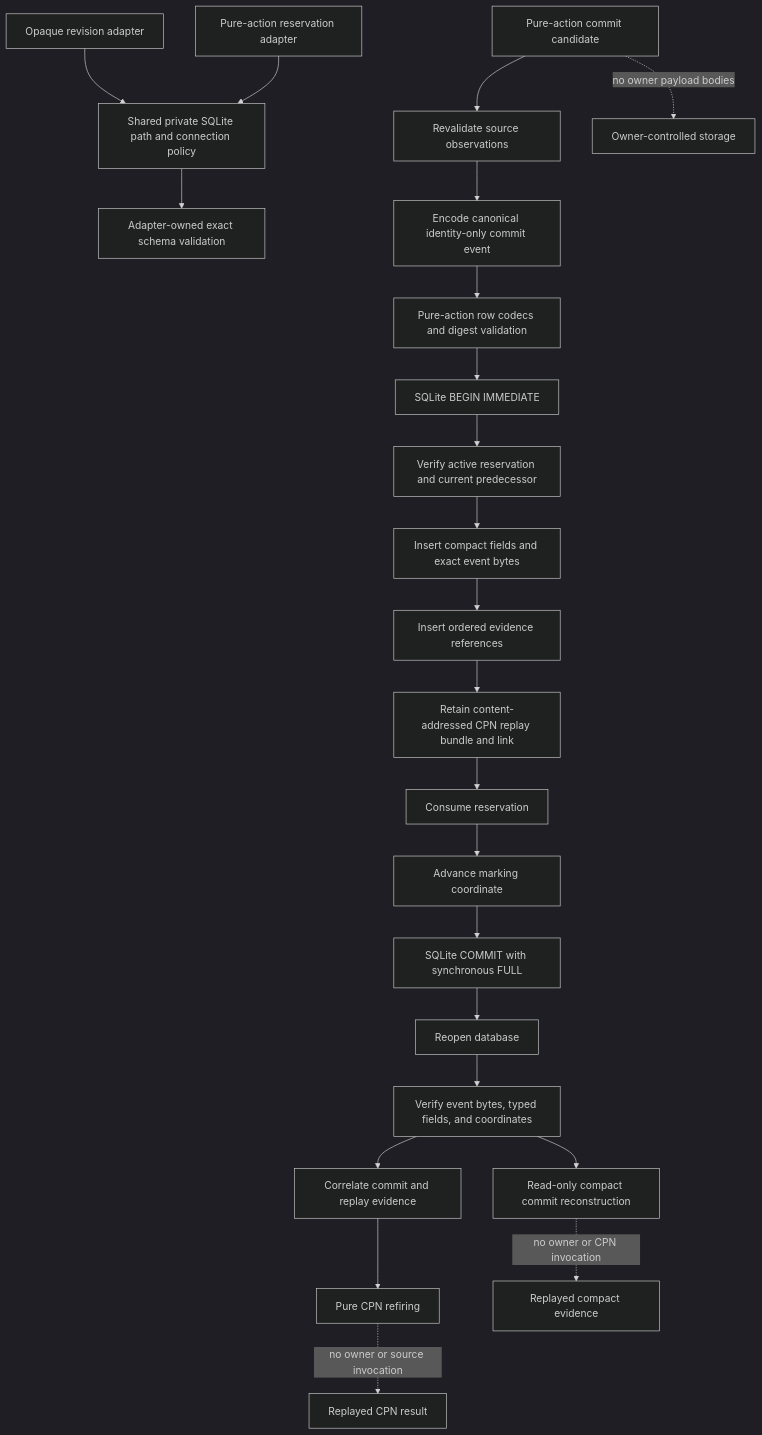
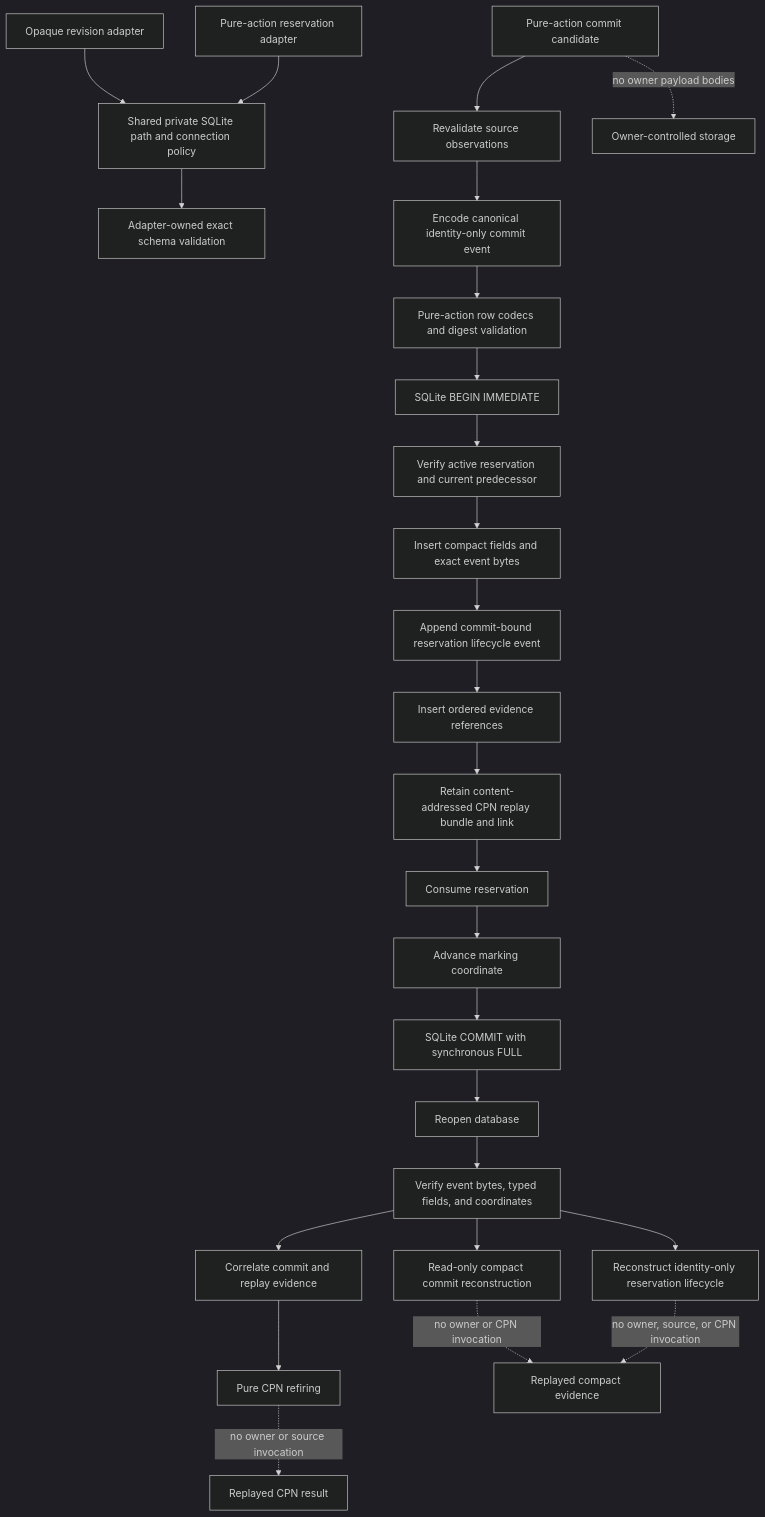
Before and after one commit to eragasa/projectkoios-workflow: the diagram in docs/architecture/projectkoios/workflow/persistence/schematic.md, drawn with Mermaid (dark theme). The commit also changed 12 other files, not shown here.

Commit message:
feat: add durable reservation lifecycle replay

````diff
--- a/docs/architecture/projectkoios/workflow/persistence/schematic.md
+++ b/docs/architecture/projectkoios/workflow/persistence/schematic.md
@@ -5,29 +5,32 @@
 ```mermaid
 flowchart TD
     Private[Shared private SQLite path and connection policy]
     Revision[Opaque revision adapter] --> Private
     Pure[Pure-action reservation adapter] --> Private
     Private --> Schema[Adapter-owned exact schema validation]
 
     Command[Pure-action commit candidate] --> Revalidate[Revalidate source observations]
     Revalidate --> Encode[Encode canonical identity-only commit event]
     Encode --> Rows[Pure-action row codecs and digest validation]
     Rows --> Tx[SQLite BEGIN IMMEDIATE]
     Tx --> Check[Verify active reservation and current predecessor]
     Check --> Commit[Insert compact fields and exact event bytes]
-    Commit --> References[Insert ordered evidence references]
+    Commit --> Lifecycle[Append commit-bound reservation lifecycle event]
+    Lifecycle --> References[Insert ordered evidence references]
     References --> Bundle[Retain content-addressed CPN replay bundle and link]
     Bundle --> Consume[Consume reservation]
     Consume --> Advance[Advance marking coordinate]
     Advance --> Durable[SQLite COMMIT with synchronous FULL]
 
     Durable --> Reopen[Reopen database]
     Reopen --> Inspect[Verify event bytes, typed fields, and coordinates]
     Inspect --> Replay[Read-only compact commit reconstruction]
+    Inspect --> History[Reconstruct identity-only reservation lifecycle]
     Inspect --> Correlate[Correlate commit and replay evidence]
     Correlate --> Refire[Pure CPN refiring]
 
     Command -. no owner payload bodies .-> Outside[Owner-controlled storage]
     Replay -. no owner or CPN invocation .-> Done[Replayed compact evidence]
+    History -. no owner, source, or CPN invocation .-> Done
     Refire -. no owner or source invocation .-> CpnDone[Replayed CPN result]
 ```
````
